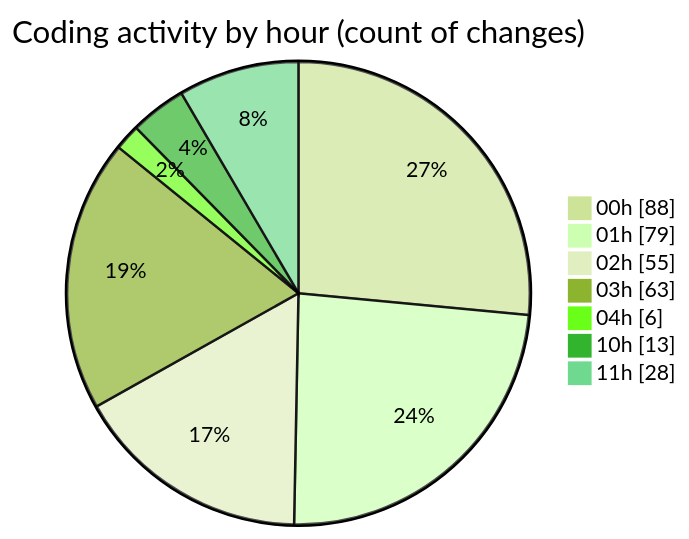
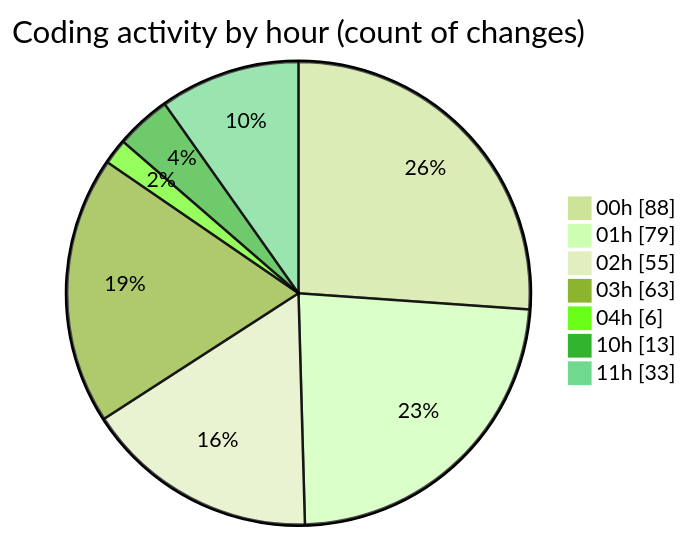
One commit to lephambinh05/code-tracking changed the second of 2 diagrams in 2025-08-16/rentotp/README.md. Above: the diagram before and after it, drawn with Mermaid (forest theme). The commit also changed other lines of this file and 1 other file, not shown here.

````diff
--- a/2025-08-16/rentotp/README.md
+++ b/2025-08-16/rentotp/README.md
@@ -76,11 +77,11 @@
 ```mermaid
 pie showData
 title Coding activity by hour (count of changes)
 "00h" : 88
 "01h" : 79
 "02h" : 55
 "03h" : 63
 "04h" : 6
 "10h" : 13
-"11h" : 28
+"11h" : 33
 ```
````
